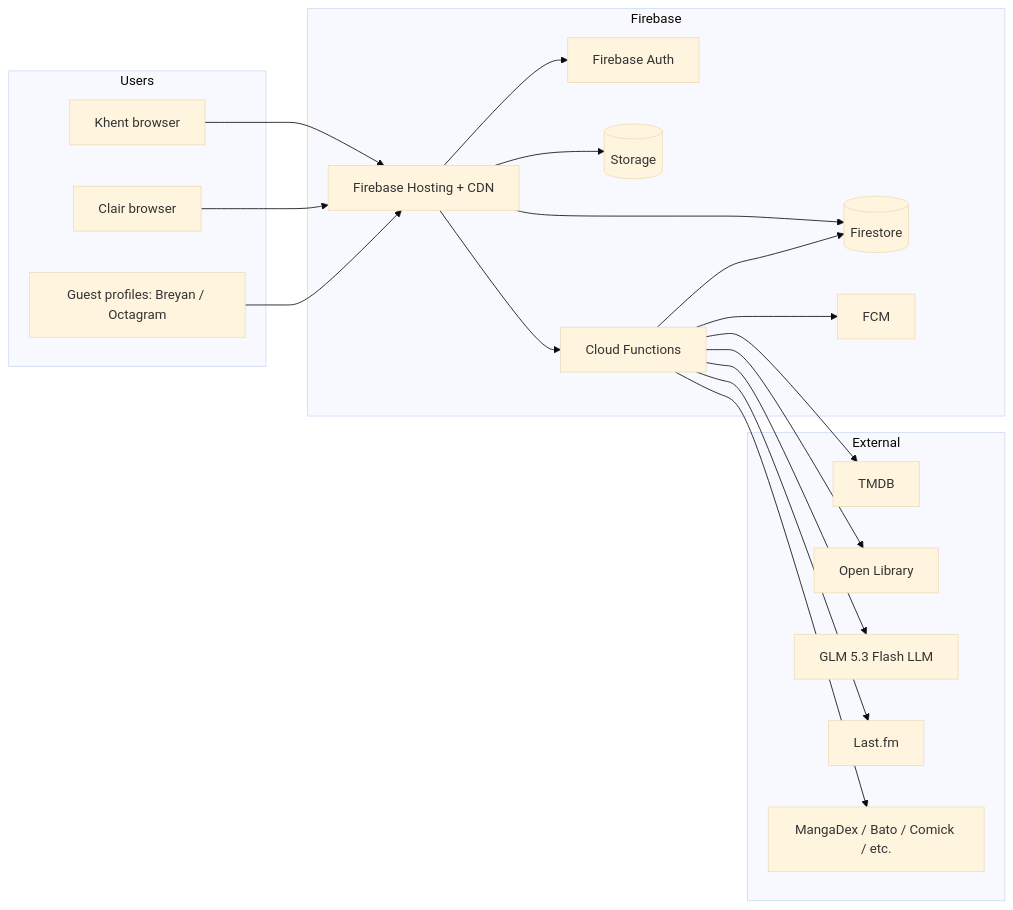
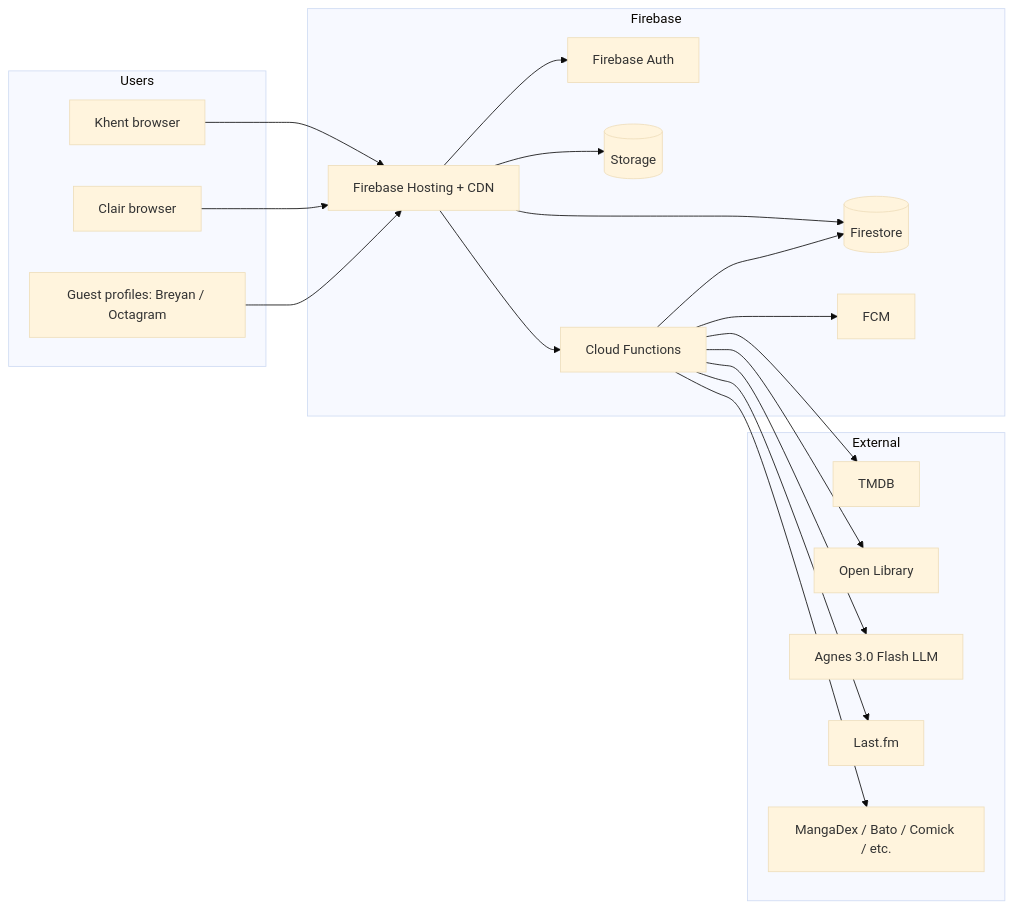
The first of 7 diagrams in docs/ARCHITECTURE.md (khentmoba/Everglow), drawn with Mermaid (base theme) before and after one commit. The commit also changed other lines of this file and 15 other files, not shown here.

Commit message:
fix(motchi): restore Agnes Flash model backend

````diff
--- a/docs/ARCHITECTURE.md
+++ b/docs/ARCHITECTURE.md
@@ -32,40 +32,40 @@
 ```mermaid
 flowchart LR
   subgraph Users
     K[Khent browser]
     C[Clair browser]
     G[Guest profiles: Breyan / Octagram]
   end
 
   subgraph Firebase
     H[Firebase Hosting + CDN]
     A[Firebase Auth]
     F[(Firestore)]
     S[(Storage)]
     FN[Cloud Functions]
     M[FCM]
   end
 
   subgraph External
     TMDB[TMDB]
     OL[Open Library]
-    GLM[GLM 5.3 Flash LLM]
+    GLM[Agnes 3.0 Flash LLM]
     LF[Last.fm]
     MD[MangaDex / Bato / Comick / etc.]
   end
 
   K --> H
   C --> H
   G --> H
   H --> A
   H --> F
   H --> S
   H --> FN
   FN --> F
   FN --> M
   FN --> TMDB
   FN --> OL
   FN --> GLM
   FN --> LF
   FN --> MD
 ```
````
